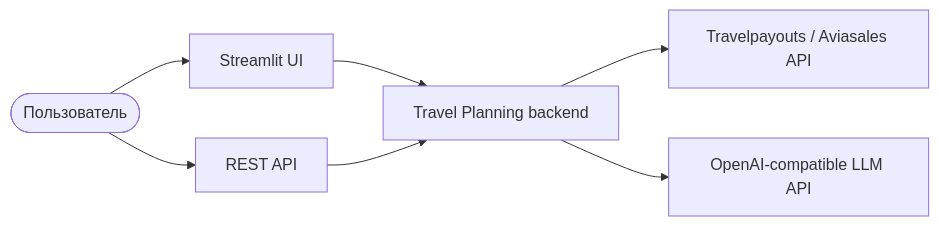
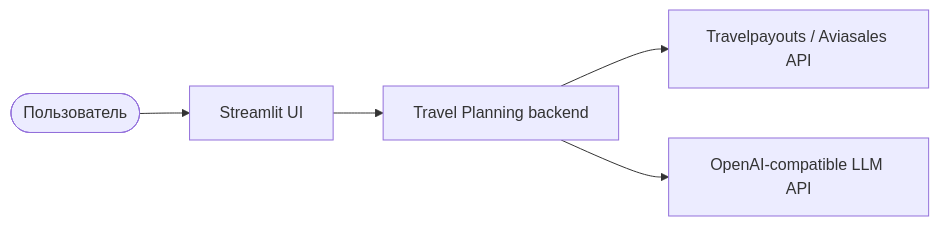
One commit to nastyakon14/AI_Travel_Planning_Agent changed the diagram in docs/diagrams/c4-context.mmd. Above: the diagram before and after it, drawn with Mermaid. The commit also changed 32 other files, not shown here.

```diff
--- a/docs/diagrams/c4-context.mmd
+++ b/docs/diagrams/c4-context.mmd
@@ -1,7 +1,5 @@
 graph LR
     User([Пользователь]) --> UI[Streamlit UI]
-    User --> HTTP[REST API]
     UI --> Core[Travel Planning backend]
-    HTTP --> Core
     Core --> TP[Travelpayouts / Aviasales API]
     Core --> LLM[OpenAI-compatible LLM API]
```
